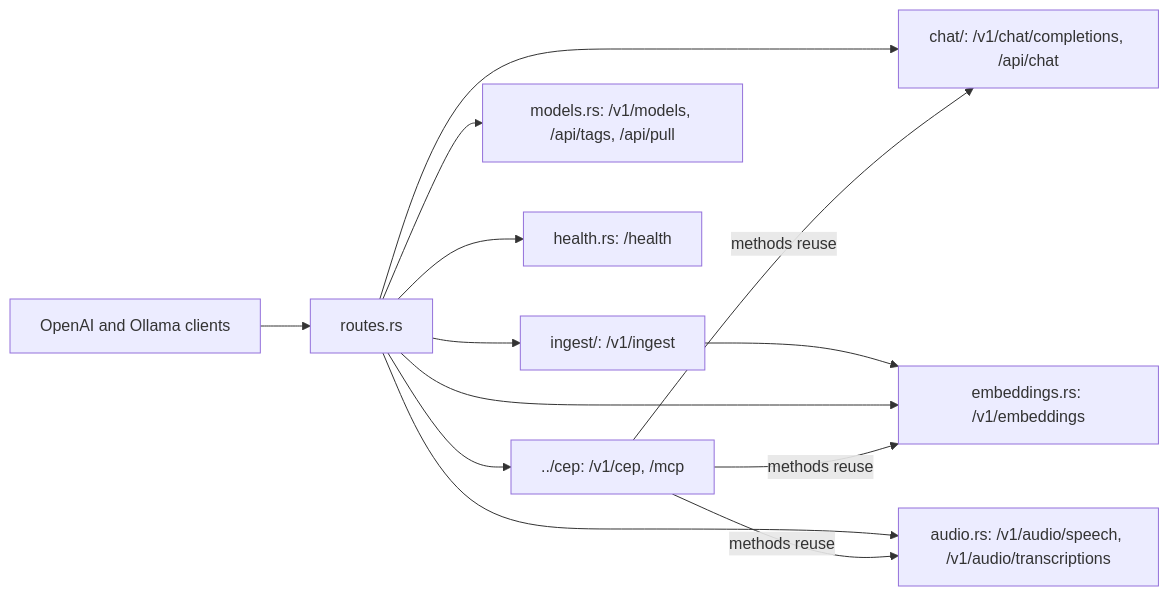
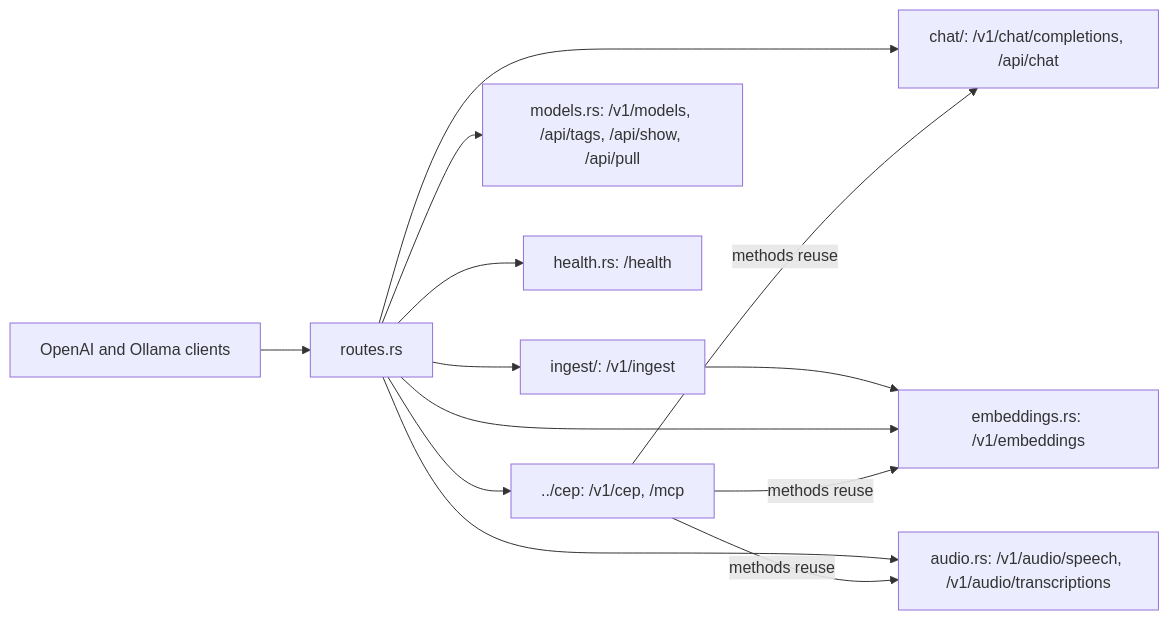
One commit to cluaiz/cluaiz changed the diagram in api/src/handlers/README.md. Above: the diagram before and after it, drawn with Mermaid. The commit also changed other lines of this file and 13 other files, not shown here.

Commit message:
feat(api): Ollama's /api/show answers an installed model's details and GGUF header in Ollama's shape, 404 for an unknown model

````diff
--- a/api/src/handlers/README.md
+++ b/api/src/handlers/README.md
@@ -7,15 +7,15 @@
 ```mermaid
 graph LR
     Client["OpenAI and Ollama clients"] --> Router["routes.rs"]
     Router --> Chat["chat/: /v1/chat/completions, /api/chat"]
     Router --> Ingest["ingest/: /v1/ingest"]
     Ingest --> Emb["embeddings.rs: shared EmbeddingExecutor"]
     Router --> Emb["embeddings.rs: /v1/embeddings"]
     Router --> Audio["audio.rs: /v1/audio/speech, /v1/audio/transcriptions"]
-    Router --> Models["models.rs: /v1/models, /api/tags, /api/pull"]
+    Router --> Models["models.rs: /v1/models, /api/tags, /api/show, /api/pull"]
     Router --> Health["health.rs: /health"]
     Router --> CEP["../cep: /v1/cep, /mcp"]
     CEP -->|"methods reuse"| Chat
     CEP -->|"methods reuse"| Audio
     CEP -->|"methods reuse"| Emb
 ```
````
